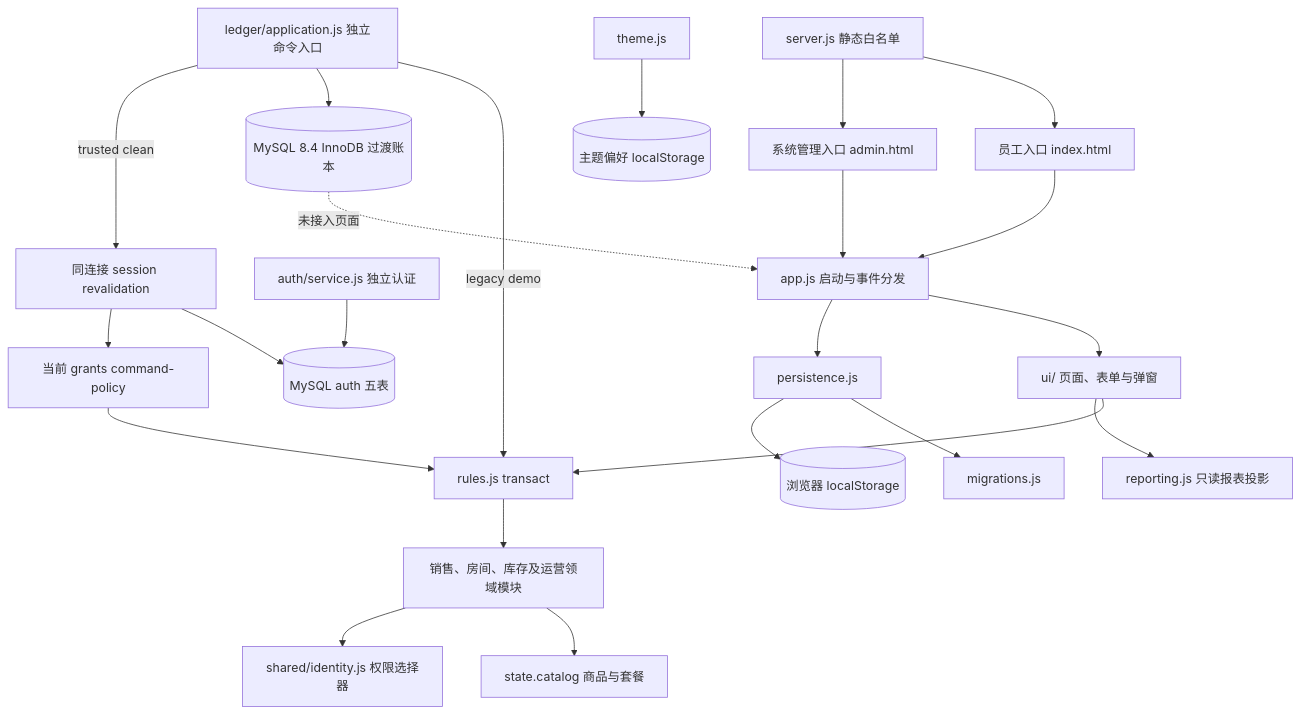
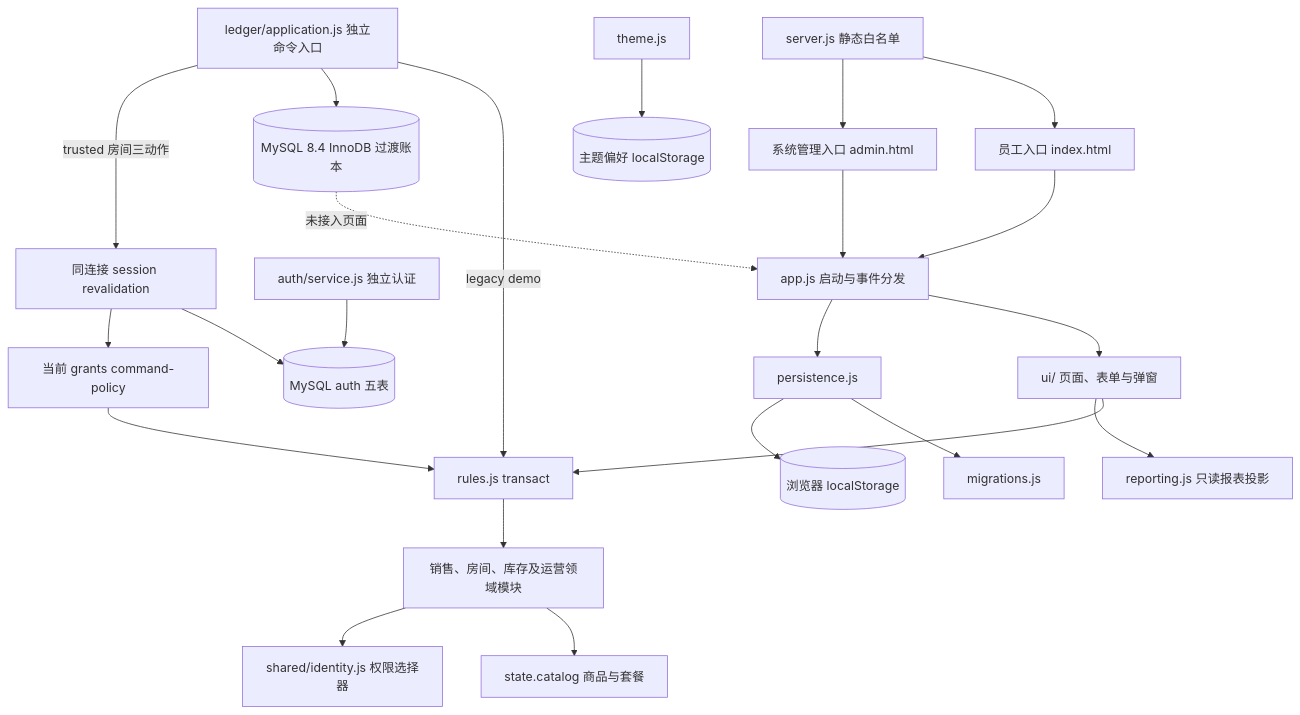
One commit to Richard-Zhuo/codex-KTV changed the diagram in docs/ARCHITECTURE.md. Above: the diagram before and after it, drawn with Mermaid. The commit also changed other lines of this file and 9 other files, not shown here.

````diff
--- a/docs/ARCHITECTURE.md
+++ b/docs/ARCHITECTURE.md
@@ -7,25 +7,25 @@
 ```mermaid
 flowchart TD
   E[员工入口 index.html] --> APP[app.js 启动与事件分发]
   A[系统管理入口 admin.html] --> APP
   APP --> UI[ui/ 页面、表单与弹窗]
   APP --> P[persistence.js]
   P --> M[migrations.js]
   P --> LS[(浏览器 localStorage)]
   UI --> TX[rules.js transact]
   TX --> D[销售、房间、库存及运营领域模块]
   UI --> REP[reporting.js 只读报表投影]
   D --> C[state.catalog 商品与套餐]
   D --> ID[shared/identity.js 权限选择器]
   T[theme.js] --> PREF[(主题偏好 localStorage)]
   S[server.js 静态白名单] --> E
   S --> A
   L[ledger/application.js 独立命令入口] -->|legacy demo| TX
   L --> DB[(MySQL 8.4 InnoDB 过渡账本)]
   AUTH[auth/service.js 独立认证] --> AUTHDB[(MySQL auth 五表)]
-  L -->|trusted clean| RV[同连接 session revalidation]
+  L -->|trusted 房间三动作| RV[同连接 session revalidation]
   RV --> AUTHDB
   RV --> CP[当前 grants command-policy]
   CP --> TX
   DB -. 未接入页面 .-> APP
 ```
````
